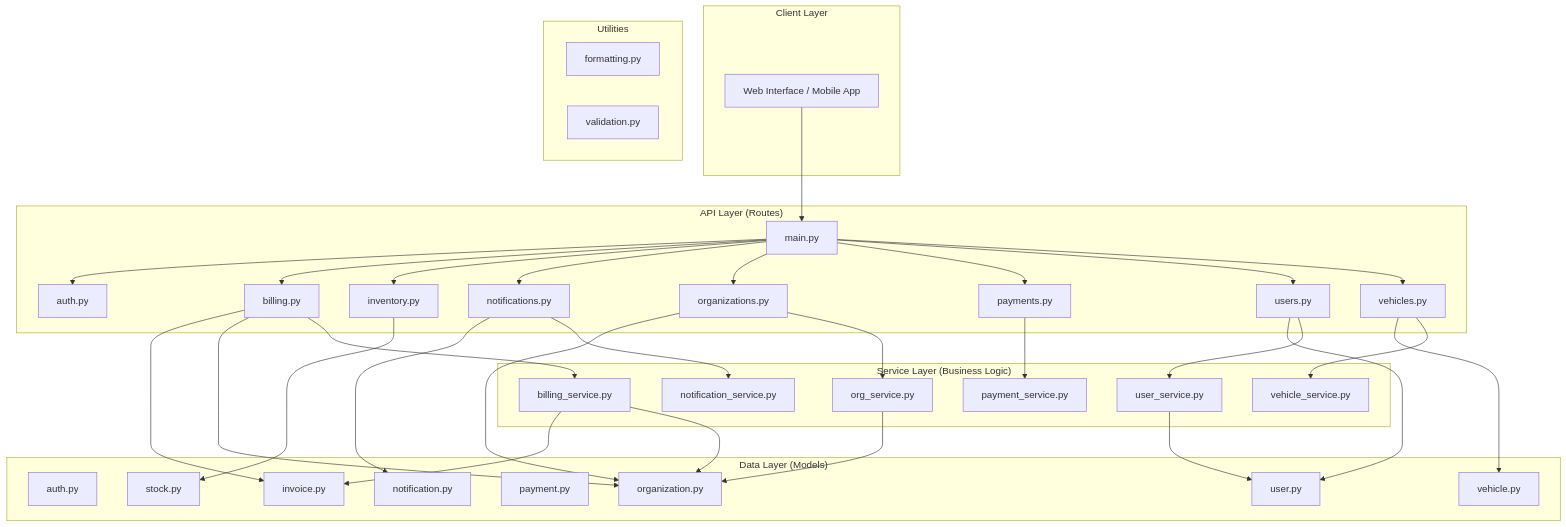
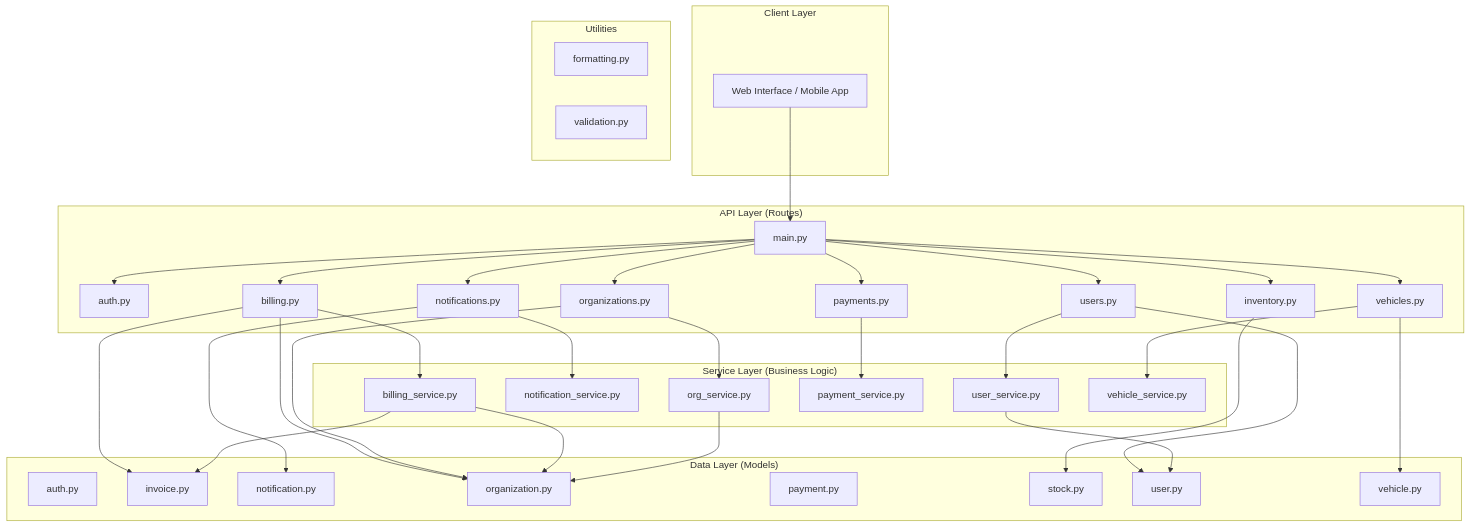
Before and after one commit to koffandaff/AutoCodeDoc: the diagram in architecture/system_diagram.mmd, drawn with Mermaid. The commit also changed other lines of this file and 578 other files, not shown here.

```diff
--- a/architecture/system_diagram.mmd
+++ b/architecture/system_diagram.mmd
@@ -1,68 +1,68 @@
 graph TD
     subgraph ClientLayer ["Client Layer"]
         UI["Web Interface / Mobile App"]
     end
 
     subgraph APILayer ["API Layer (Routes)"]
         api_main["main.py"]
         api_auth["auth.py"]
         api_billing["billing.py"]
         api_inventory["inventory.py"]
         api_notifications["notifications.py"]
         api_organizations["organizations.py"]
         api_payments["payments.py"]
         api_users["users.py"]
         api_vehicles["vehicles.py"]
     end
 
     subgraph ServiceLayer ["Service Layer (Business Logic)"]
         svc_billing_service["billing_service.py"]
         svc_notification_service["notification_service.py"]
         svc_org_service["org_service.py"]
         svc_payment_service["payment_service.py"]
         svc_user_service["user_service.py"]
         svc_vehicle_service["vehicle_service.py"]
     end
 
     subgraph DataLayer ["Data Layer (Models)"]
         mdl_auth["auth.py"]
         mdl_invoice["invoice.py"]
         mdl_notification["notification.py"]
         mdl_organization["organization.py"]
         mdl_payment["payment.py"]
         mdl_stock["stock.py"]
         mdl_user["user.py"]
         mdl_vehicle["vehicle.py"]
     end
 
     subgraph UtilsLayer ["Utilities"]
         utl_formatting["formatting.py"]
         utl_validation["validation.py"]
     end
 
     UI --> api_main
     api_main --> api_auth
     api_main --> api_billing
     api_main --> api_inventory
     api_main --> api_notifications
     api_main --> api_organizations
     api_main --> api_payments
     api_main --> api_users
     api_main --> api_vehicles
-    svc_user_service --> mdl_user
+    api_billing --> mdl_invoice
+    api_billing --> mdl_organization
+    api_billing --> svc_billing_service
+    api_inventory --> mdl_stock
+    api_notifications --> mdl_notification
+    api_notifications --> svc_notification_service
+    api_organizations --> mdl_organization
+    api_organizations --> svc_org_service
+    api_payments --> svc_payment_service
+    api_users --> mdl_user
+    api_users --> svc_user_service
+    api_vehicles --> mdl_vehicle
+    api_vehicles --> svc_vehicle_service
     svc_billing_service --> mdl_invoice
     svc_billing_service --> mdl_organization
     svc_org_service --> mdl_organization
-    api_vehicles --> mdl_vehicle
-    api_vehicles --> svc_vehicle_service
-    api_payments --> svc_payment_service
-    api_inventory --> mdl_stock
-    api_organizations --> mdl_organization
-    api_organizations --> svc_org_service
-    api_billing --> mdl_invoice
-    api_billing --> mdl_organization
-    api_billing --> svc_billing_service
-    api_notifications --> mdl_notification
-    api_notifications --> svc_notification_service
-    api_users --> mdl_user
-    api_users --> svc_user_service
+    svc_user_service --> mdl_user
```
